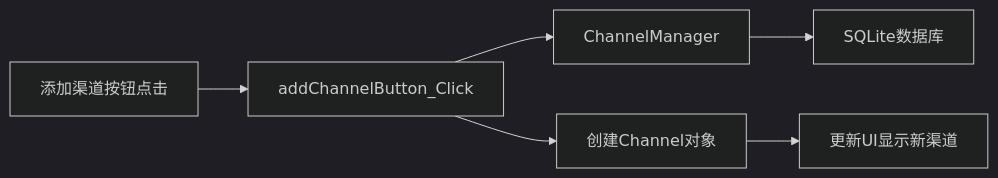
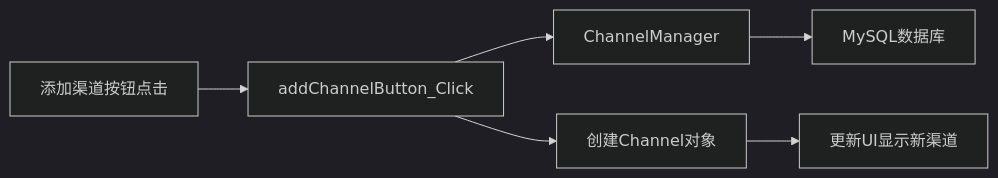
The ninth of 10 diagrams in Docs/architecture/index.md (rbetree/llm-agent), drawn with Mermaid (dark theme) before and after one commit. The commit also changed other lines of this file and 17 other files, not shown here.

````diff
--- a/Docs/architecture/index.md
+++ b/Docs/architecture/index.md
@@ -196,8 +196,8 @@
 ```mermaid
 flowchart LR
     A["添加渠道按钮点击"] --> B["addChannelButton_Click"]
     B --> C["ChannelManager"]
-    C --> D["SQLite数据库"]
+    C --> D["MySQL数据库"]
     B --> E["创建Channel对象"]
     E --> F["更新UI显示新渠道"]
 ```
````
